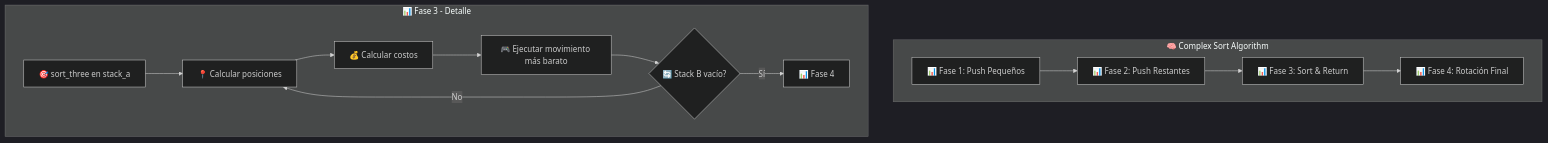
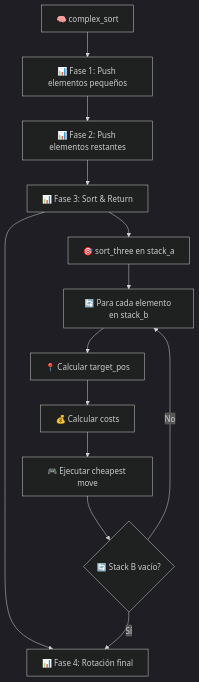
One commit to otakugodie/42-summer2024Lisboa changed the fifth of 9 diagrams in 42cursus/push_swap/exercises/project/project_documentation.md. Above: the diagram before and after it, drawn with Mermaid (dark theme). The commit also changed other lines of this file and 6 other files, not shown here.

````diff
--- a/42cursus/push_swap/exercises/project/project_documentation.md
+++ b/42cursus/push_swap/exercises/project/project_documentation.md
@@ -372,17 +438,16 @@
 ```mermaid
 graph TD
-    subgraph "🧠 Complex Sort Algorithm"
-        A[📊 Fase 1: Push Pequeños] --> B[📊 Fase 2: Push Restantes]
-        B --> C[📊 Fase 3: Sort & Return]  
-        C --> D[📊 Fase 4: Rotación Final]
-    end
+    A[🧠 complex_sort] --> B[📊 Fase 1: Push elementos pequeños]
+    B --> C[📊 Fase 2: Push elementos restantes]
+    C --> D[📊 Fase 3: Sort & Return]
+    D --> E[📊 Fase 4: Rotación final]
     
-    subgraph "📊 Fase 3 - Detalle"
-        E[🎯 sort_three en stack_a] --> F[📍 Calcular posiciones]
-        F --> G[💰 Calcular costos]
-        G --> H[🎮 Ejecutar movimiento más barato]
-        H --> I{🔄 Stack B vacío?}
-        I -->|No| F
-        I -->|Sí| J[📊 Fase 4]
-    end
+    D --> F[🎯 sort_three en stack_a]
+    F --> G[🔄 Para cada elemento en stack_b]
+    G --> H[📍 Calcular target_pos]
+    H --> I[💰 Calcular costs]
+    I --> J[🎮 Ejecutar cheapest move]
+    J --> K{🔄 Stack B vacío?}
+    K -->|No| G
+    K -->|Sí| E
 ```
````
